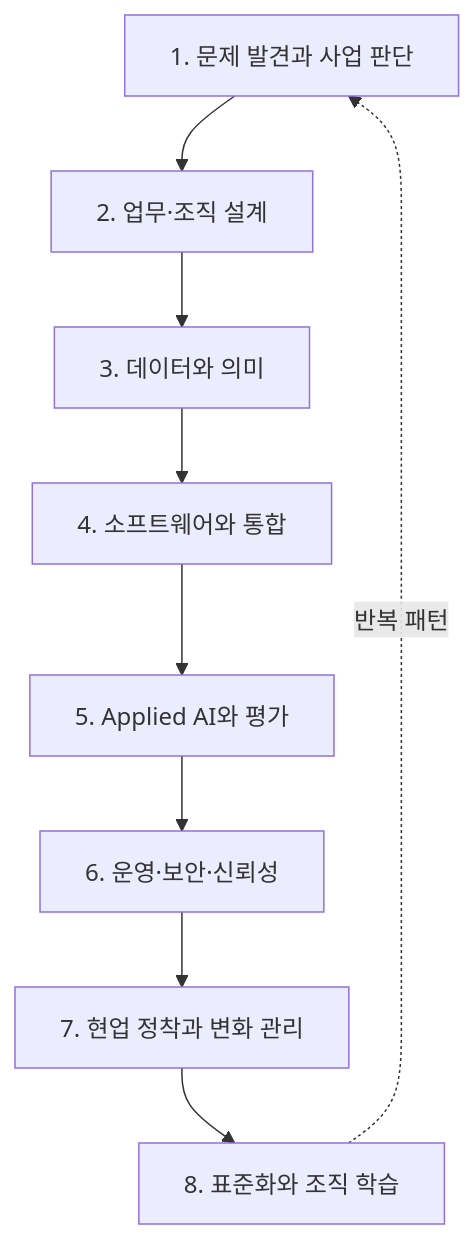
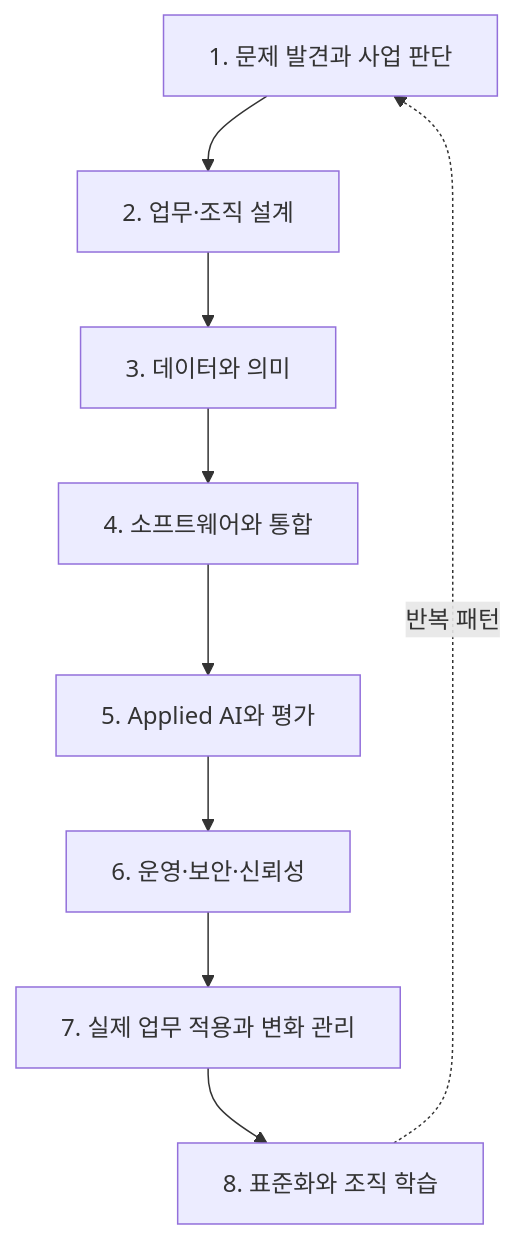
One commit to woogi-kang/ax-engineer-roadmap changed the diagram in roadmap/competency-map.md. Above: the diagram before and after it, drawn with Mermaid. The commit also changed other lines of this file and 217 other files, not shown here.

First line of the commit message:
docs: refresh AX roadmap and retire legacy site (#29)

````diff
--- a/roadmap/competency-map.md
+++ b/roadmap/competency-map.md
@@ -7,14 +7,14 @@
 ```mermaid
 flowchart TB
     A["1. 문제 발견과 사업 판단"]
     B["2. 업무·조직 설계"]
     C["3. 데이터와 의미"]
     D["4. 소프트웨어와 통합"]
     E["5. Applied AI와 평가"]
     F["6. 운영·보안·신뢰성"]
-    G["7. 현업 정착과 변화 관리"]
+    G["7. 실제 업무 적용과 변화 관리"]
     H["8. 표준화와 조직 학습"]
 
     A --> B --> C --> D --> E --> F --> G --> H
     H -. "반복 패턴" .-> A
 ```
````
